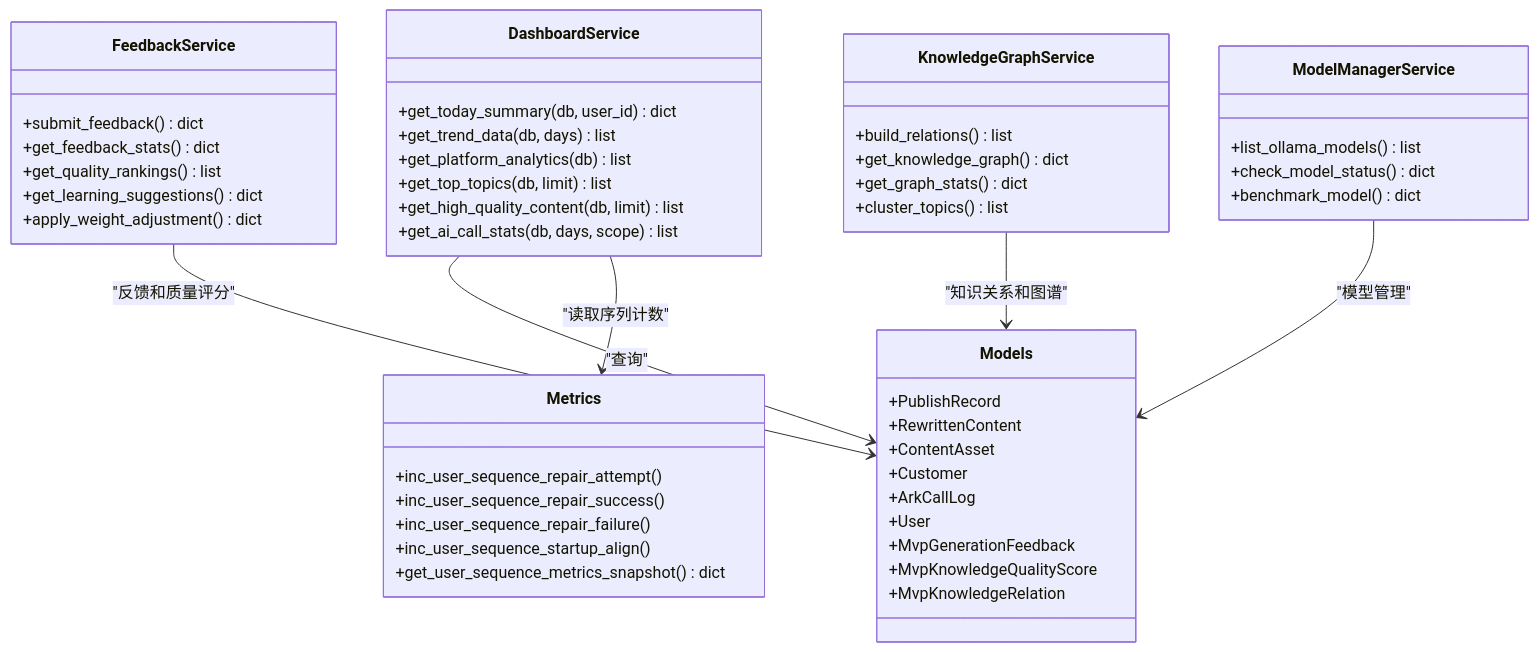
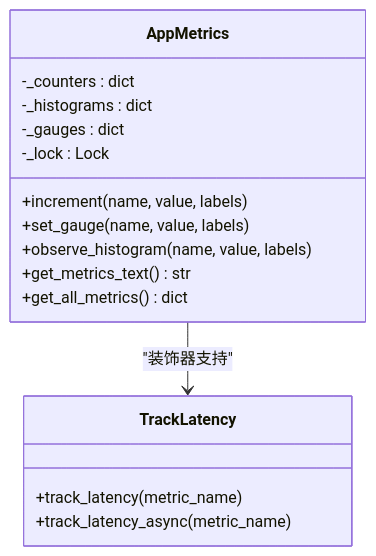
One commit to dream-ze/AI_huoke- changed the fifth of 8 diagrams in .qoder/repowiki/zh/content/系统管理/监控告警系统.md. Above: the diagram before and after it, drawn with Mermaid. The commit also changed other lines of this file and 95 other files, not shown here.

````diff
--- a/.qoder/repowiki/zh/content/系统管理/监控告警系统.md
+++ b/.qoder/repowiki/zh/content/系统管理/监控告警系统.md
@@ -245,52 +240,19 @@
 ```mermaid
 classDiagram
-class DashboardService {
-+get_today_summary(db, user_id) dict
-+get_trend_data(db, days) list
-+get_platform_analytics(db) list
-+get_top_topics(db, limit) list
-+get_high_quality_content(db, limit) list
-+get_ai_call_stats(db, days, scope) list
+class AppMetrics {
+-_counters : dict
+-_histograms : dict
+-_gauges : dict
+-_lock : Lock
++increment(name, value, labels)
++set_gauge(name, value, labels)
++observe_histogram(name, value, labels)
++get_metrics_text() str
++get_all_metrics() dict
 }
-class Metrics {
-+inc_user_sequence_repair_attempt()
-+inc_user_sequence_repair_success()
-+inc_user_sequence_repair_failure()
-+inc_user_sequence_startup_align()
-+get_user_sequence_metrics_snapshot() dict
+class TrackLatency {
++track_latency(metric_name)
++track_latency_async(metric_name)
 }
-class FeedbackService {
-+submit_feedback() dict
-+get_feedback_stats() dict
-+get_quality_rankings() list
-+get_learning_suggestions() dict
-+apply_weight_adjustment() dict
-}
-class KnowledgeGraphService {
-+build_relations() list
-+get_knowledge_graph() dict
-+get_graph_stats() dict
-+cluster_topics() list
-}
-class ModelManagerService {
-+list_ollama_models() list
-+check_model_status() dict
-+benchmark_model() dict
-}
-class Models {
-+PublishRecord
-+RewrittenContent
-+ContentAsset
-+Customer
-+ArkCallLog
-+User
-+MvpGenerationFeedback
-+MvpKnowledgeQualityScore
-+MvpKnowledgeRelation
-}
-DashboardService --> Models : "查询"
-DashboardService --> Metrics : "读取序列计数"
-FeedbackService --> Models : "反馈和质量评分"
-KnowledgeGraphService --> Models : "知识关系和图谱"
-ModelManagerService --> Models : "模型管理"
+AppMetrics --> TrackLatency : "装饰器支持"
 ```
````
